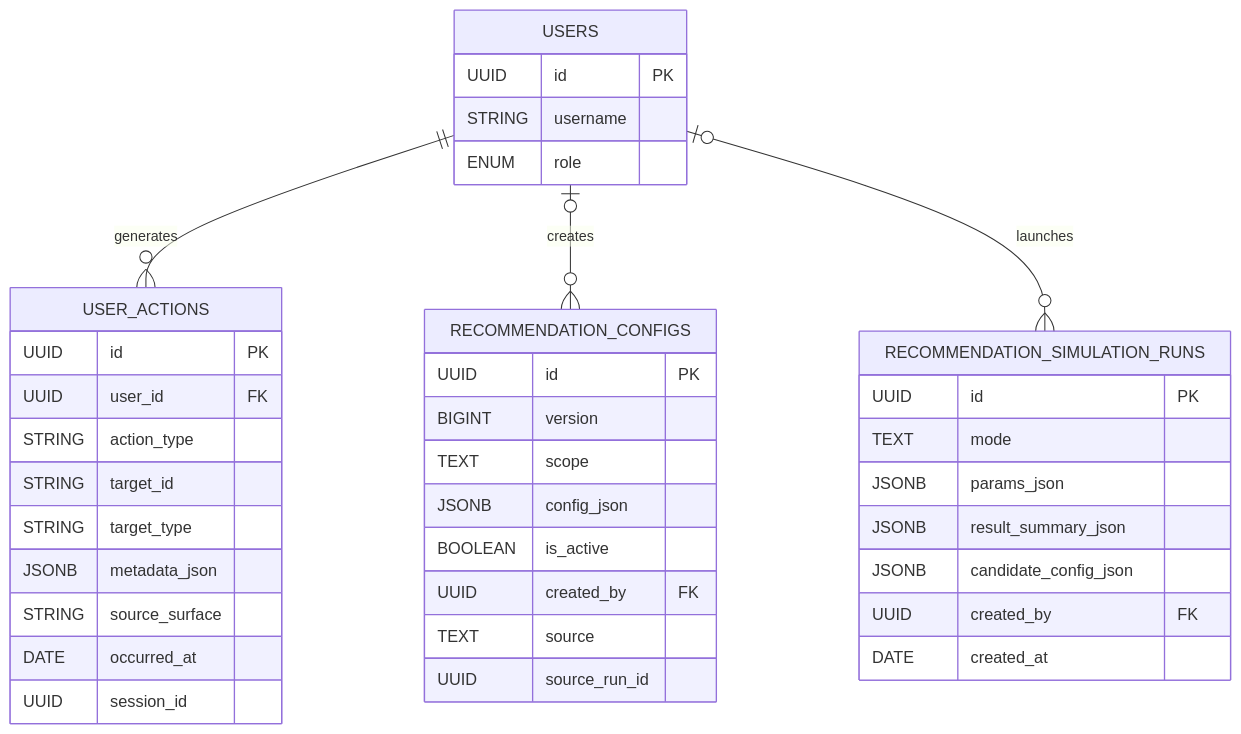
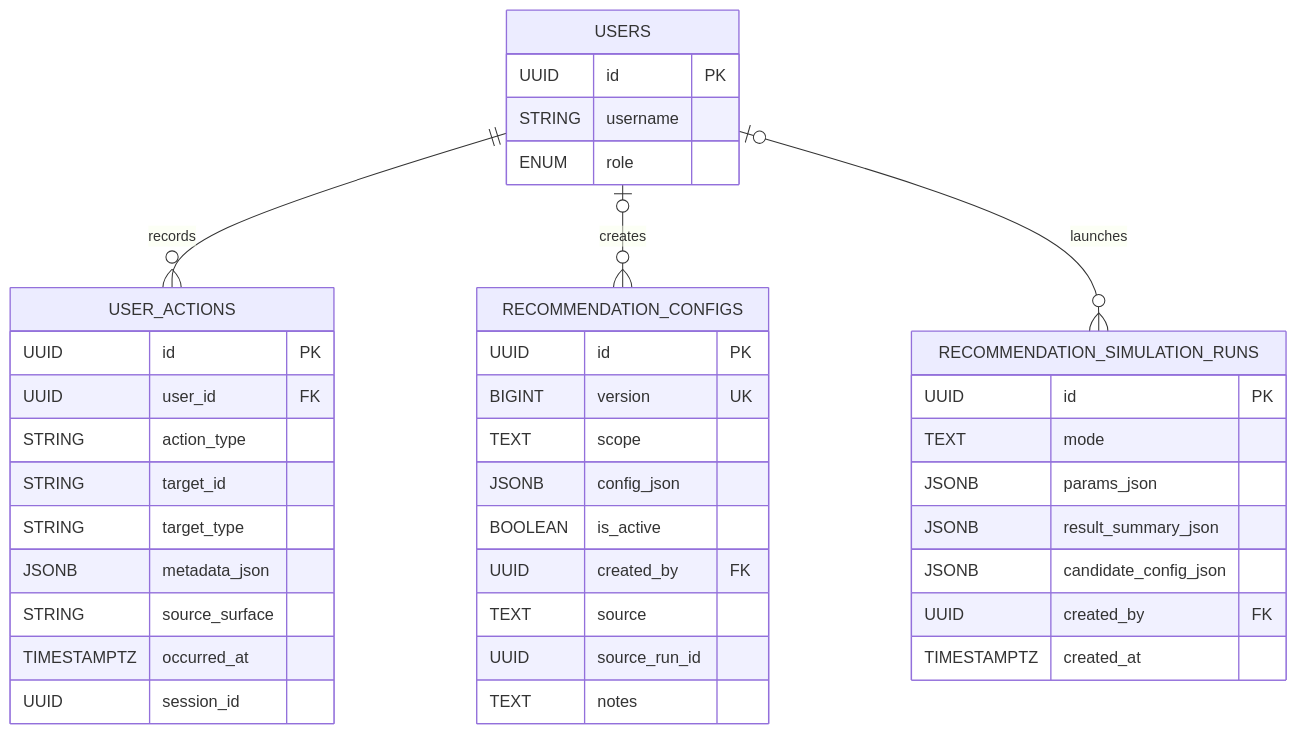
The second of 2 diagrams in documents/database-diagram.md (annadebarro/Patchwork), drawn with Mermaid before and after one commit. The commit also changed other lines of this file and 2 other files, not shown here.

````diff
--- a/documents/database-diagram.md
+++ b/documents/database-diagram.md
@@ -148,45 +168,46 @@
 ```mermaid
 erDiagram
   USERS {
     UUID id PK
     STRING username
     ENUM role
   }
 
   USER_ACTIONS {
     UUID id PK
     UUID user_id FK
     STRING action_type
     STRING target_id
     STRING target_type
     JSONB metadata_json
     STRING source_surface
-    DATE occurred_at
+    TIMESTAMPTZ occurred_at
     UUID session_id
   }
 
   RECOMMENDATION_CONFIGS {
     UUID id PK
-    BIGINT version
+    BIGINT version UK
     TEXT scope
     JSONB config_json
     BOOLEAN is_active
     UUID created_by FK
     TEXT source
     UUID source_run_id
+    TEXT notes
   }
 
   RECOMMENDATION_SIMULATION_RUNS {
     UUID id PK
     TEXT mode
     JSONB params_json
     JSONB result_summary_json
     JSONB candidate_config_json
     UUID created_by FK
-    DATE created_at
+    TIMESTAMPTZ created_at
   }
 
-  USERS ||--o{ USER_ACTIONS : generates
+  USERS ||--o{ USER_ACTIONS : records
   USERS o|--o{ RECOMMENDATION_CONFIGS : creates
   USERS o|--o{ RECOMMENDATION_SIMULATION_RUNS : launches
 ```
````
